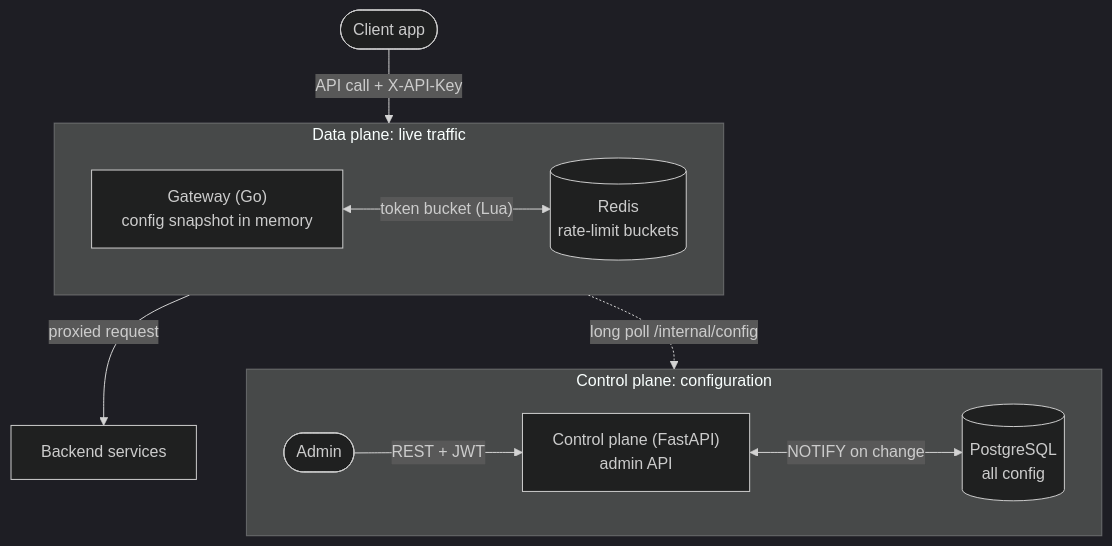
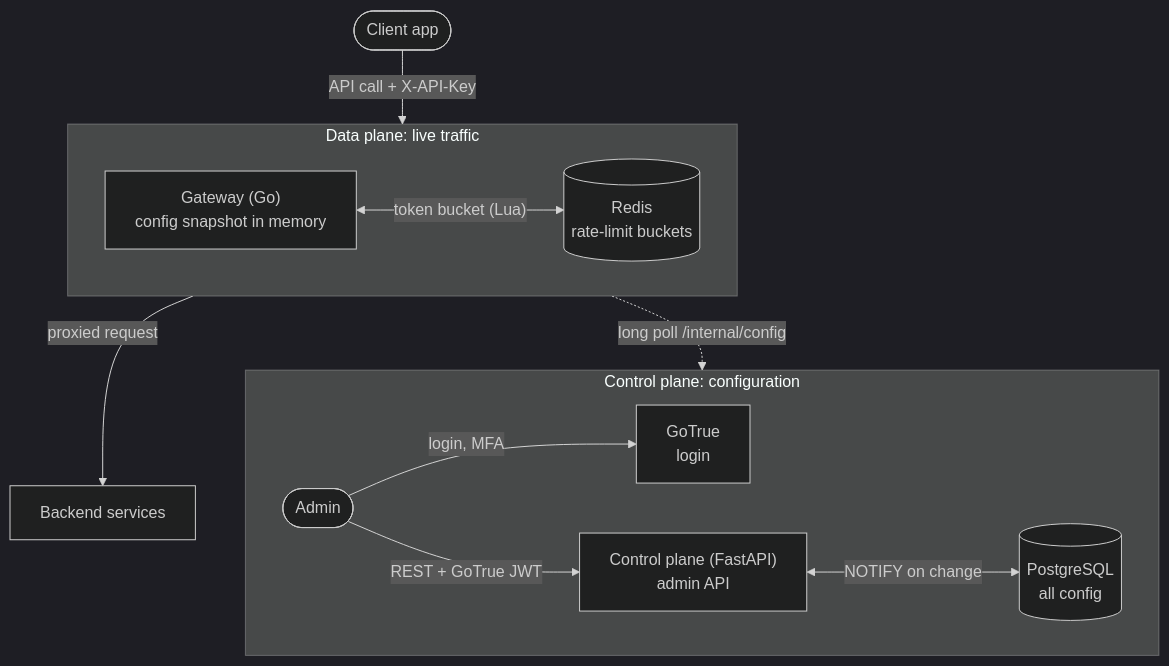
Before and after one commit to Ali-Odeh/API-Management-Platform: the first of 2 diagrams in README.md, drawn with Mermaid (dark theme). The commit also changed other lines of this file and 3 other files, not shown here.

First line of the commit message:
MT.1: docs for GoTrue login

````diff
--- a/README.md
+++ b/README.md
@@ -20,20 +21,21 @@
 ```mermaid
 flowchart TB
     app([Client app])
 
     subgraph data["Data plane: live traffic"]
         direction LR
         gw["Gateway (Go)<br/>config snapshot in memory"] <-- "token bucket (Lua)" --> redis[("Redis<br/>rate-limit buckets")]
     end
 
     backends["Backend services"]
 
     subgraph control["Control plane: configuration"]
         direction LR
-        admin([Admin]) -- "REST + JWT" --> cp["Control plane (FastAPI)<br/>admin API"] <-- "NOTIFY on change" --> pg[("PostgreSQL<br/>all config")]
+        admin([Admin]) -- "login, MFA" --> auth["GoTrue<br/>login"]
+        admin -- "REST + GoTrue JWT" --> cp["Control plane (FastAPI)<br/>admin API"] <-- "NOTIFY on change" --> pg[("PostgreSQL<br/>all config")]
     end
 
     app -- "API call + X-API-Key" --> gw
     gw -- "proxied request" --> backends
     gw -. "long poll /internal/config" .-> cp
 ```
````
